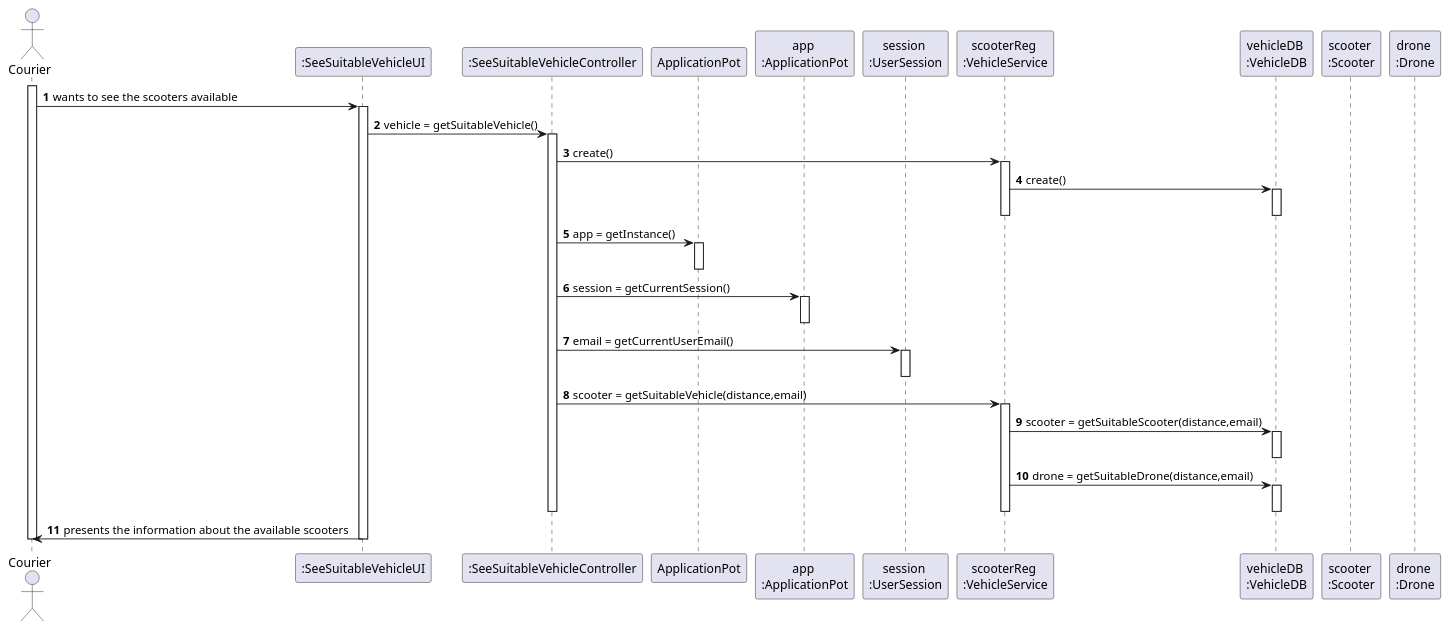
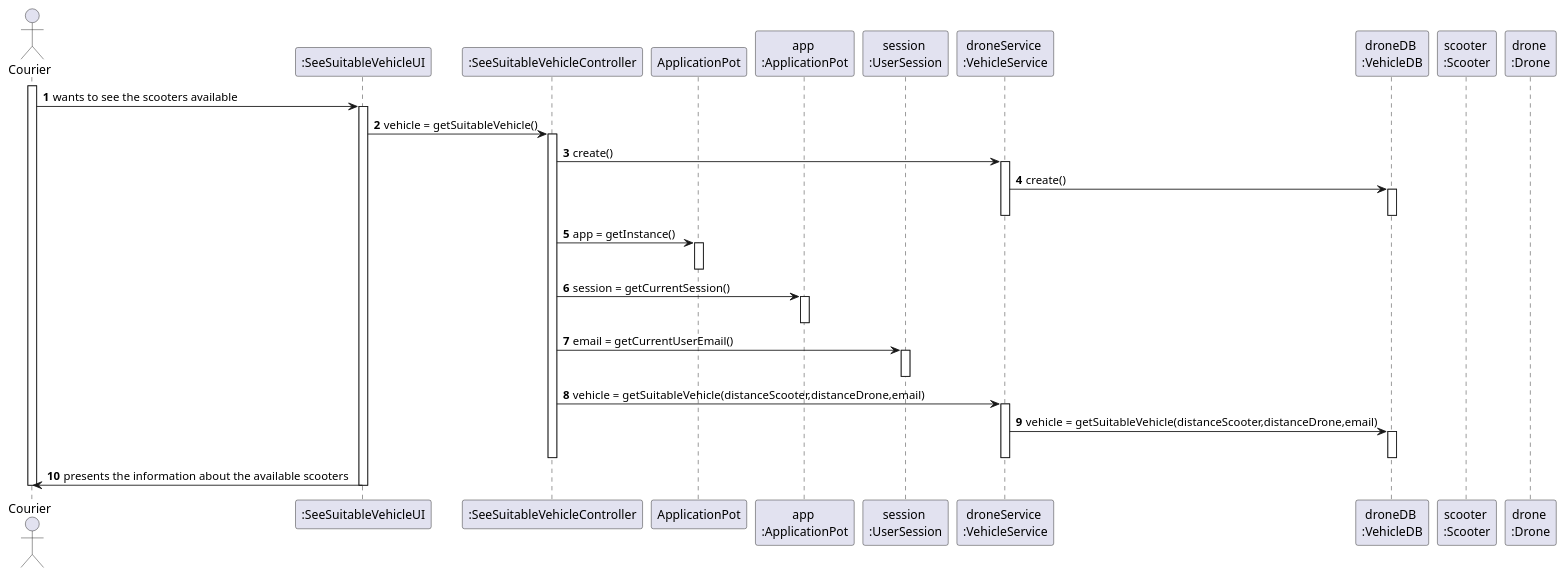
One commit to tiagoavcosta25/LAPR3 changed the diagram in docs/Iteration 2/Delivery Management/Refinement/US24_SeeSuitableVehicle/US24_SD.puml. Above: the diagram before and after it, drawn with PlantUML. The commit also changed 10 other files, not shown here.

Commit message:
LAPR2AP2-24 #refining SeeSuitableVehicle [Implementation]

```diff
--- a/docs/Iteration 2/Delivery Management/Refinement/US24_SeeSuitableVehicle/US24_SD.puml
+++ b/docs/Iteration 2/Delivery Management/Refinement/US24_SeeSuitableVehicle/US24_SD.puml
@@ -1,53 +1,51 @@
 @startuml
 autonumber
 actor "Courier" as COURIER
 
 participant ":SeeSuitableVehicleUI" as UI
 participant ":SeeSuitableVehicleController" as CTRL
 participant "ApplicationPot" as PA
 participant "app \n:ApplicationPot" as APA
 participant "session \n:UserSession" as US
-participant "scooterReg \n:VehicleService" as RF
-participant "vehicleDB \n:VehicleDB" as SDB
+participant "droneService \n:VehicleService" as RF
+participant "droneDB \n:VehicleDB" as SDB
 participant "scooter \n:Scooter" as CS
 participant "drone \n:Drone" as DR
 
 activate COURIER
 
 COURIER -> UI :  wants to see the scooters available
 activate UI
 UI -> CTRL : vehicle = getSuitableVehicle()
 activate CTRL
 CTRL -> RF : create()
 activate RF
 RF -> SDB : create()
 activate SDB
+deactivate SDB
 deactivate RF
-deactivate SDB
+
 CTRL -> PA : app = getInstance()
 activate PA
 deactivate PA
 CTRL -> APA : session = getCurrentSession()
 activate APA
 deactivate APA
 CTRL -> US : email = getCurrentUserEmail()
 activate US
 deactivate US
-CTRL -> RF : scooter = getSuitableVehicle(distance,email)
+CTRL -> RF : vehicle = getSuitableVehicle(distanceScooter,distanceDrone,email)
 activate RF
-RF -> SDB : scooter = getSuitableScooter(distance,email)
-activate SDB
-deactivate SDB
-RF -> SDB : drone = getSuitableDrone(distance,email)
+RF -> SDB : vehicle = getSuitableVehicle(distanceScooter,distanceDrone,email)
 activate SDB
 deactivate SDB
 deactivate RF
 deactivate CTRL
 
 
 UI -> COURIER : presents the information about the available scooters
 deactivate UI
 
 deactivate COURIER
 
 @enduml
```
